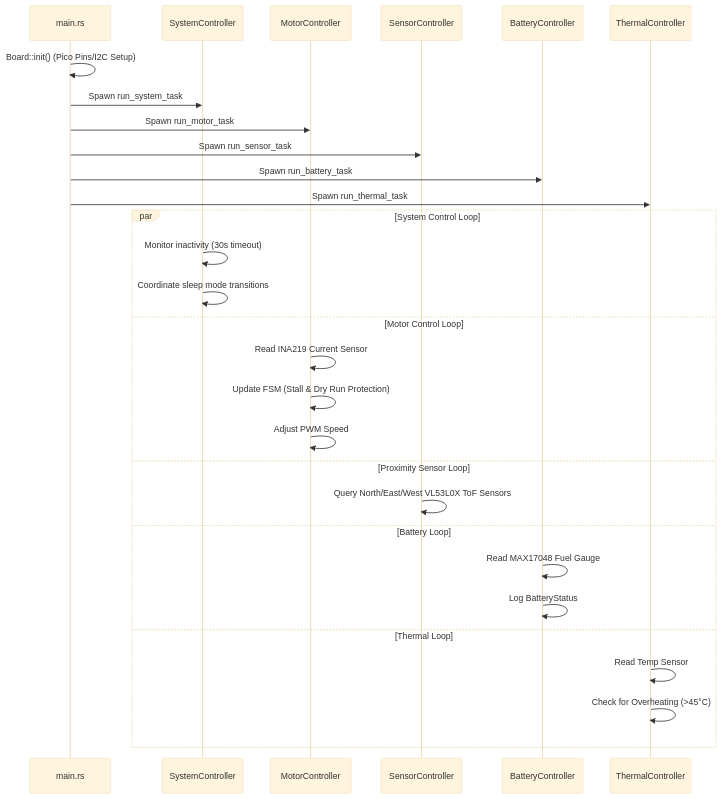
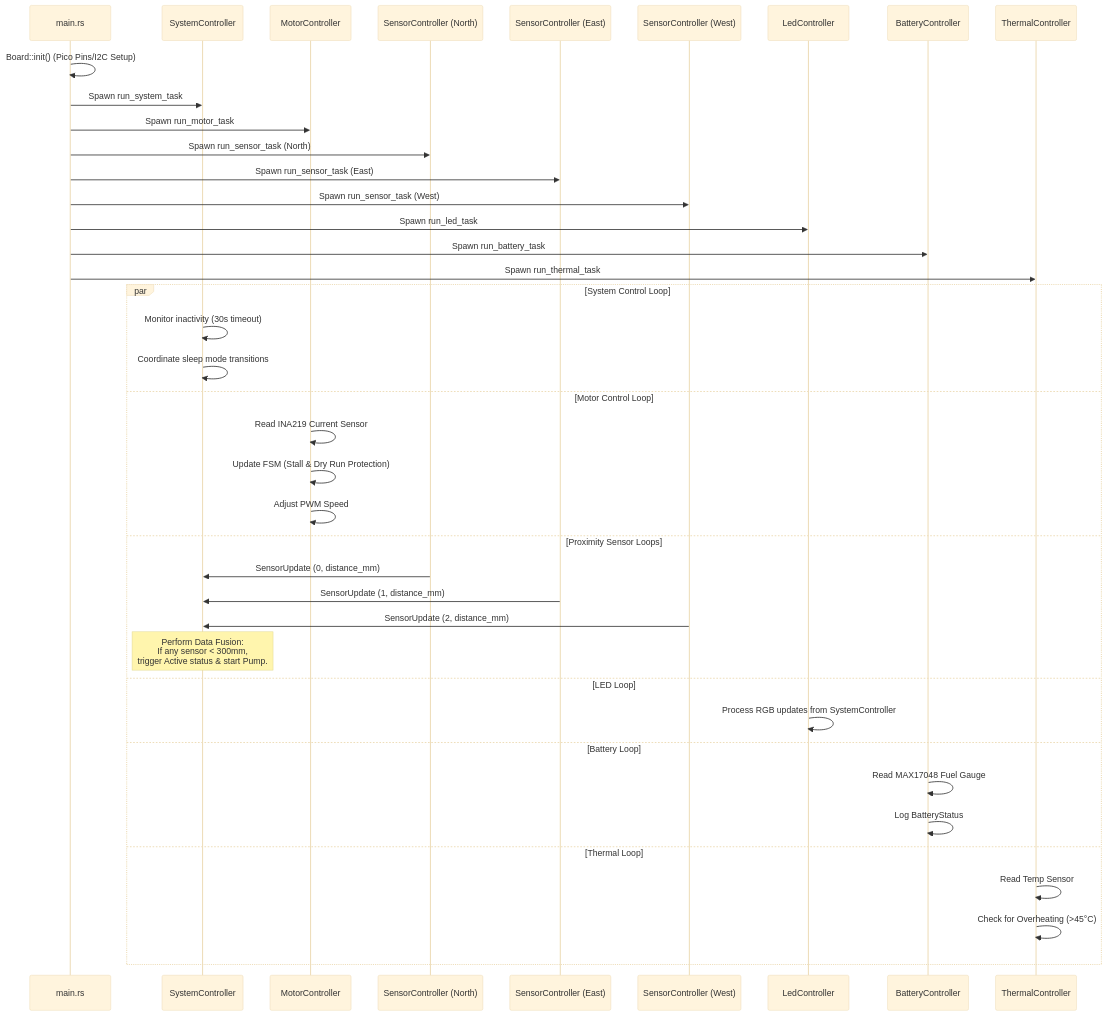
Before and after one commit to picklethecat1488-hue/firmware: the second of 2 diagrams in projects/cat_detector.md, drawn with Mermaid (base theme). The commit also changed other lines of this file and 19 other files, not shown here.

````diff
--- a/projects/cat_detector.md
+++ b/projects/cat_detector.md
@@ -141,33 +151,44 @@
 ```mermaid
 sequenceDiagram
     participant Main as main.rs
     participant SC as SystemController
     participant MC as MotorController
-    participant SE as SensorController
+    participant SN as SensorController (North)
+    participant SE as SensorController (East)
+    participant SW as SensorController (West)
+    participant LC as LedController
     participant BC as BatteryController
     participant TC as ThermalController
 
     Main->>Main: Board::init() (Pico Pins/I2C Setup)
     Main->>SC: Spawn run_system_task
     Main->>MC: Spawn run_motor_task
-    Main->>SE: Spawn run_sensor_task
+    Main->>SN: Spawn run_sensor_task (North)
+    Main->>SE: Spawn run_sensor_task (East)
+    Main->>SW: Spawn run_sensor_task (West)
+    Main->>LC: Spawn run_led_task
     Main->>BC: Spawn run_battery_task
     Main->>TC: Spawn run_thermal_task
 
     par System Control Loop
         SC->>SC: Monitor inactivity (30s timeout)
         SC->>SC: Coordinate sleep mode transitions
     and Motor Control Loop
         MC->>MC: Read INA219 Current Sensor
         MC->>MC: Update FSM (Stall & Dry Run Protection)
         MC->>MC: Adjust PWM Speed
-    and Proximity Sensor Loop
-        SE->>SE: Query North/East/West VL53L0X ToF Sensors
+    and Proximity Sensor Loops
+        SN->>SC: SensorUpdate (0, distance_mm)
+        SE->>SC: SensorUpdate (1, distance_mm)
+        SW->>SC: SensorUpdate (2, distance_mm)
+        Note over SC: Perform Data Fusion:<br/>If any sensor < 300mm,<br/>trigger Active status & start Pump.
+    and LED Loop
+        LC->>LC: Process RGB updates from SystemController
     and Battery Loop
         BC->>BC: Read MAX17048 Fuel Gauge
         BC->>BC: Log BatteryStatus
     and Thermal Loop
         TC->>TC: Read Temp Sensor
         TC->>TC: Check for Overheating (>45°C)
     end
 ```
````
